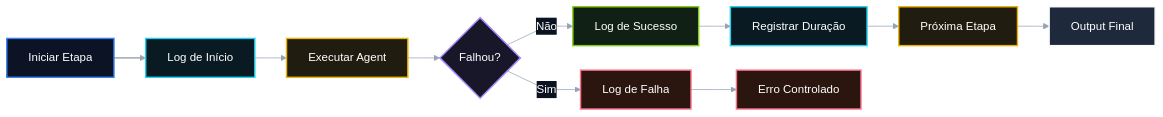
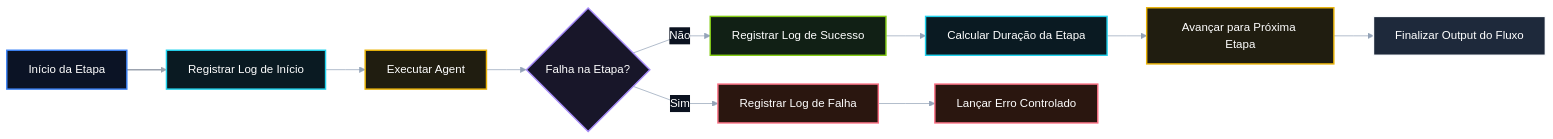
The diagram in PR 90 — Fase 2: Logs Estruturados por Etapa do Fluxo Avançado.md (matheusdiamantino-betalent/questions-ai), drawn with Mermaid before and after one commit.

Commit message:
Update PR 90 — Fase 2: Logs Estruturados por Etapa do Fluxo Avançado.md

````diff
--- a/PR 90 — Fase 2: Logs Estruturados por Etapa do Fluxo Avançado.md
+++ b/PR 90 — Fase 2: Logs Estruturados por Etapa do Fluxo Avançado.md
@@ -85,52 +85,53 @@
 ```mermaid
 %%{init: {
   "theme": "base",
   "themeVariables": {
     "background": "#050b16",
     "primaryColor": "#0b1220",
     "primaryTextColor": "#ffffff",
     "primaryBorderColor": "#22d3ee",
     "lineColor": "#94a3b8",
     "secondaryColor": "#0b1220",
     "tertiaryColor": "#0b1220",
     "fontFamily": "Inter, Arial, sans-serif"
   },
   "flowchart": {
     "htmlLabels": true,
     "curve": "linear",
-    "nodeSpacing": 34,
-    "rankSpacing": 44
+    "nodeSpacing": 40,
+    "rankSpacing": 55
   }
 }}%%
 flowchart LR
-    A["Iniciar Etapa"] --> B["Log de Início"]
+    A["Início da Etapa"] --> B["Registrar Log de Início"]
     B --> C["Executar Agent"]
-    C --> D{"Falhou?"}
-    D -->|Não| E["Log de Sucesso"]
-    E --> F["Registrar Duração"]
-    F --> G["Próxima Etapa"]
-    G --> H["Output Final"]
-    D -->|Sim| I["Log de Falha"]
-    I --> J["Erro Controlado"]
+    C --> D{"Falha na Etapa?"}
+    D -->|Não| E["Registrar Log de Sucesso"]
+    E --> F["Calcular Duração da Etapa"]
+    F --> G["Avançar para Próxima Etapa"]
+    G --> H["Finalizar Output do Fluxo"]
+
+    D -->|Sim| I["Registrar Log de Falha"]
+    I --> J["Lançar Erro Controlado"]
 
     classDef step1 fill:#0b1325,stroke:#3b82f6,stroke-width:2px,color:#ffffff;
     classDef step2 fill:#0a1a22,stroke:#22d3ee,stroke-width:2px,color:#ffffff;
     classDef step3 fill:#201d10,stroke:#eab308,stroke-width:2px,color:#ffffff;
     classDef decision fill:#181629,stroke:#a78bfa,stroke-width:2px,color:#ffffff;
     classDef successBox fill:#112015,stroke:#84cc16,stroke-width:2px,color:#ffffff;
     classDef failureBox fill:#2a160f,stroke:#fb7185,stroke-width:2px,color:#ffffff;
     classDef outputBox fill:#1e293b,stroke:#f8fafc,stroke-width:2px,color:#ffffff;
 
     class A step1;
     class B step2;
     class C step3;
     class D decision;
     class E successBox;
     class F step2;
     class G step3;
     class H outputBox;
     class I failureBox;
     class J failureBox;
 
     linkStyle 0 stroke:#9ca3af,stroke-width:2px;
 ```
````
